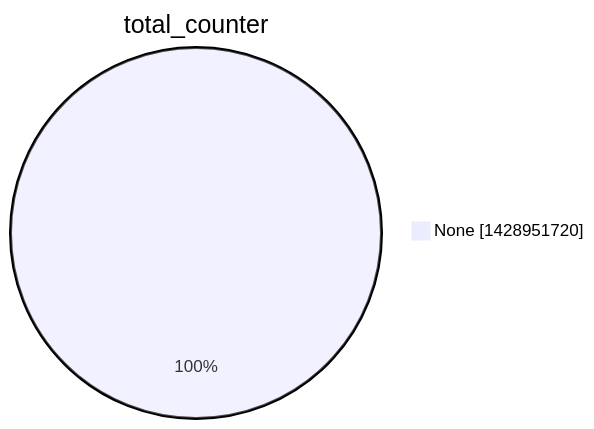
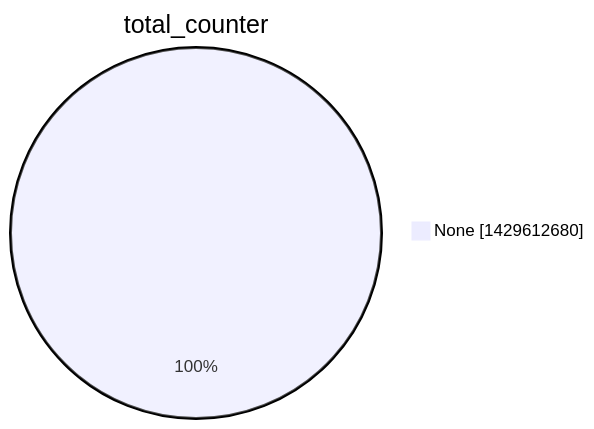
One commit to christiankrug/ctmonitor_visualization changed the second of 15 diagrams in argon2022/README.md. Above: the diagram before and after it, drawn with Mermaid. The commit also changed other lines of this file, not shown here.

````diff
--- a/argon2022/README.md
+++ b/argon2022/README.md
@@ -9,5 +9,5 @@
 ```mermaid
 pie showData
 title total_counter
-"None" :1428951720
+"None" :1429612680
 ```
````
